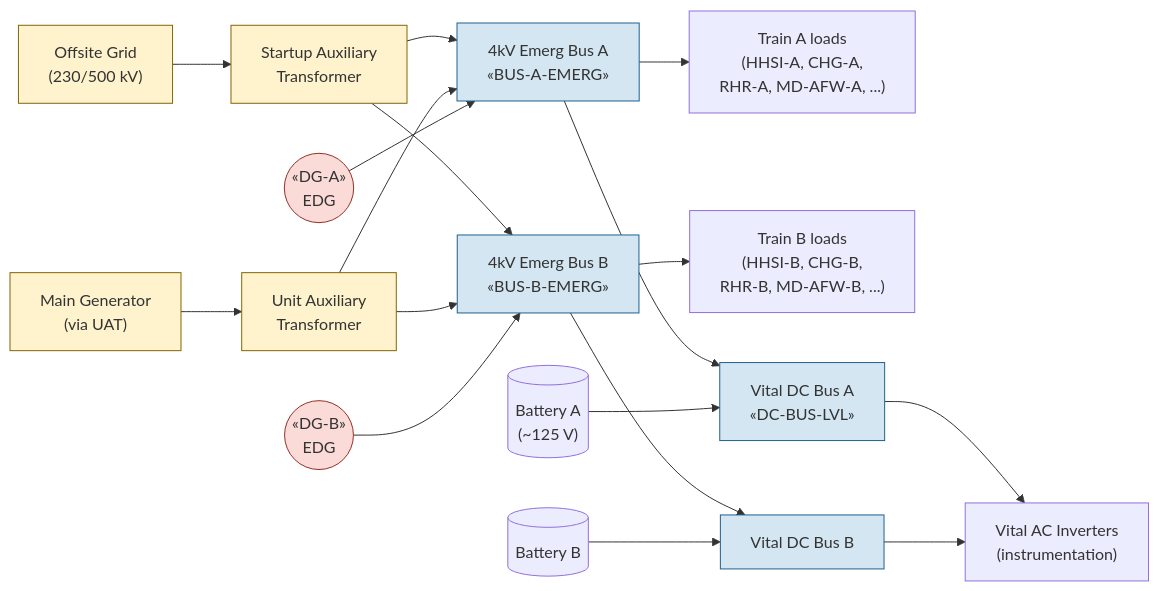
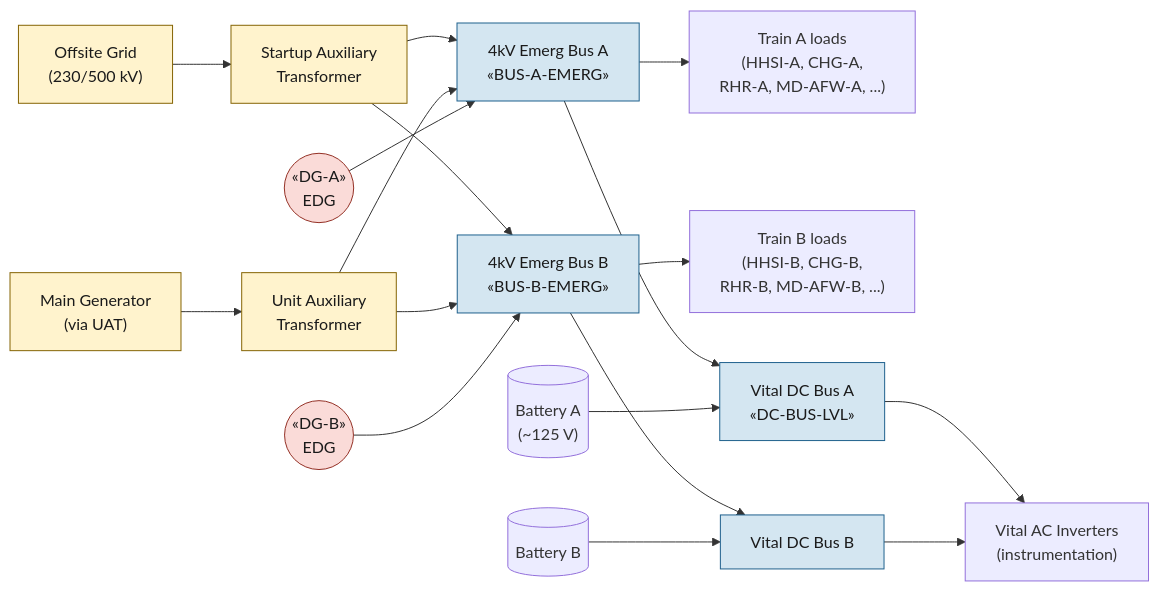
The diagram in wiki/systems/electrical.md (samsinn-wikis/pwr-ops), drawn with Mermaid before and after one commit. The commit also changed 11 other files, not shown here.

First line of the commit message:
fix(systems): force dark text on light-fill mermaid nodes

````diff
--- a/wiki/systems/electrical.md
+++ b/wiki/systems/electrical.md
@@ -29,37 +29,37 @@
 ```mermaid
 flowchart LR
     OFFSITE["Offsite Grid<br/>(230/500 kV)"]
     MAIN["Main Generator<br/>(via UAT)"]
     SAT["Startup Auxiliary<br/>Transformer"]
     UAT["Unit Auxiliary<br/>Transformer"]
     DG_A(("«DG-A»<br/>EDG"))
     DG_B(("«DG-B»<br/>EDG"))
     BUS_A["4kV Emerg Bus A<br/>«BUS-A-EMERG»"]
     BUS_B["4kV Emerg Bus B<br/>«BUS-B-EMERG»"]
     LOADS_A["Train A loads<br/>(HHSI-A, CHG-A,<br/>RHR-A, MD-AFW-A, ...)"]
     LOADS_B["Train B loads<br/>(HHSI-B, CHG-B,<br/>RHR-B, MD-AFW-B, ...)"]
     DC_A["Vital DC Bus A<br/>«DC-BUS-LVL»"]
     DC_B["Vital DC Bus B"]
     BAT_A[("Battery A<br/>(~125 V)")]
     BAT_B[("Battery B")]
     INV["Vital AC Inverters<br/>(instrumentation)"]
 
     OFFSITE --> SAT
     MAIN --> UAT
     SAT --> BUS_A & BUS_B
     UAT --> BUS_A & BUS_B
     DG_A --> BUS_A
     DG_B --> BUS_B
     BUS_A --> LOADS_A & DC_A
     BUS_B --> LOADS_B & DC_B
     BAT_A --> DC_A
     BAT_B --> DC_B
     DC_A & DC_B --> INV
 
-    classDef src fill:#fff3cd,stroke:#856404
-    classDef bus fill:#d4e6f1,stroke:#1f618d
-    classDef gen fill:#fadbd8,stroke:#943126
+    classDef src fill:#fff3cd,stroke:#856404,color:#1a1a1a
+    classDef bus fill:#d4e6f1,stroke:#1f618d,color:#1a1a1a
+    classDef gen fill:#fadbd8,stroke:#943126,color:#1a1a1a
     class OFFSITE,MAIN,SAT,UAT src
     class BUS_A,BUS_B,DC_A,DC_B bus
     class DG_A,DG_B gen
 ```
````
